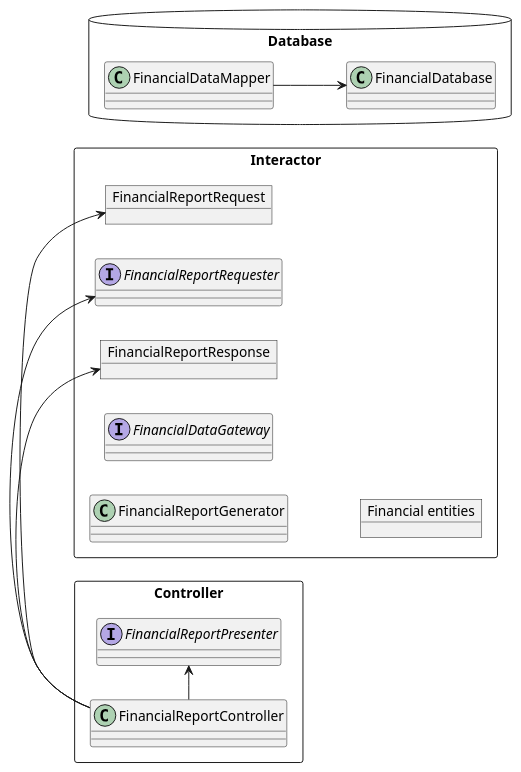
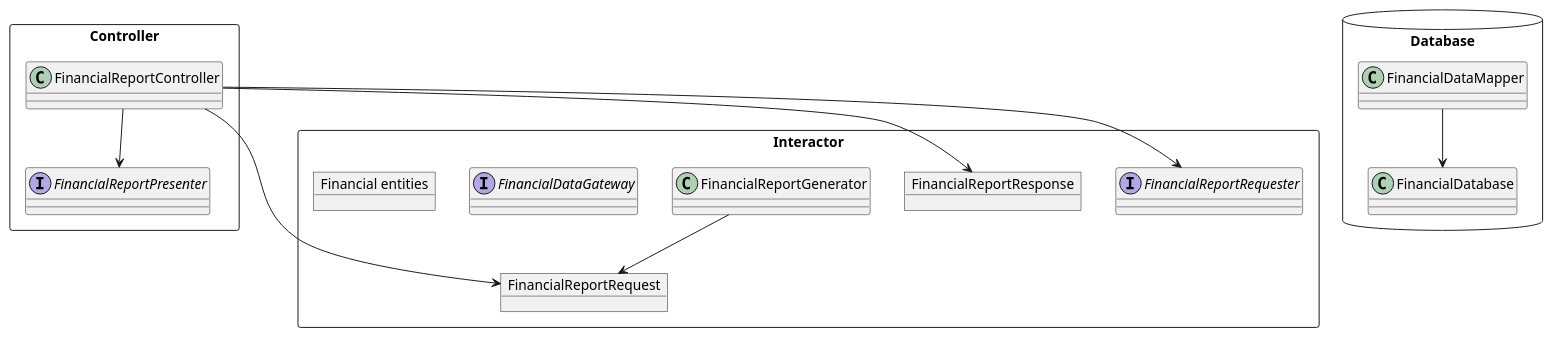
One commit to huland/logseq-notes changed the third of 3 diagrams in pages/Robert C. Martin - Clean Architecture A Craftsman's Guide to Software Structure and Design.md. Above: the diagram before and after it, drawn with PlantUML.

Commit message:
Auto saved by Logseq

```diff
--- a/pages/Robert C. Martin - Clean Architecture A Craftsman's Guide to Software Structure and Design.md
+++ b/pages/Robert C. Martin - Clean Architecture A Craftsman's Guide to Software Structure and Design.md
@@ -203,29 +203,28 @@
 				  @startuml
-				  
-				  left to right direction
 				  
 				  rectangle Interactor {
 				    object FinancialReportRequest
 				    interface FinancialReportRequester
 				    object FinancialReportResponse
 				    class FinancialReportGenerator
 				    interface FinancialDataGateway
 				    object "Financial entities" as FinancialEntities
 				  }
 				  
 				  rectangle Controller {
 				    class FinancialReportController 
 				    interface FinancialReportPresenter
 				  }
 				  database Database {
 				    class FinancialDataMapper 
 				    class FinancialDatabase
 				  }
 				  
 				  
-				  FinancialReportController -> FinancialReportPresenter
-				  FinancialReportController -> FinancialReportRequest
-				  FinancialReportController -> FinancialReportRequester
-				  FinancialReportController -> FinancialReportResponse
+				  FinancialReportController --> FinancialReportPresenter
+				  FinancialReportController --> FinancialReportRequest
+				  FinancialReportController --> FinancialReportRequester
+				  FinancialReportGenerator --> FinancialReportRequest
+				  FinancialReportController --> FinancialReportResponse
 				  FinancialDataMapper --> FinancialDatabase
 				  @enduml
```
